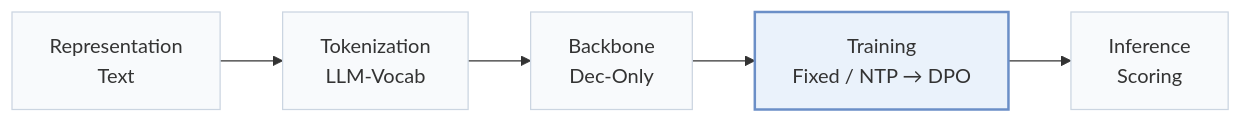
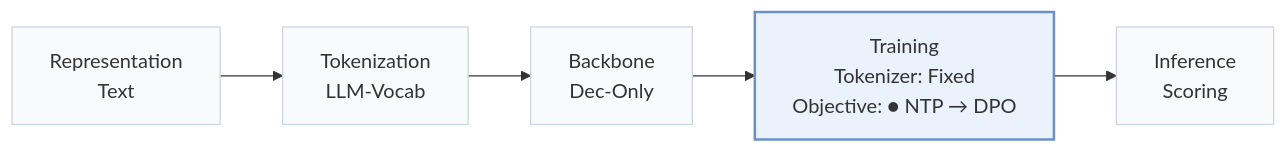
One commit to Galaxy-ghost/Awesome-SID-Generative-Rec changed the first of 2 diagrams in pages/papers/causaldpo.md. Above: the diagram before and after it, drawn with Mermaid. The commit also changed other lines of this file and 558 other files, not shown here.

````diff
--- a/pages/papers/causaldpo.md
+++ b/pages/papers/causaldpo.md
@@ -15,8 +18,8 @@
 ```mermaid
 flowchart LR
-    R["Representation<br/>Text"] --> T["Tokenization<br/>LLM-Vocab"] --> B["Backbone<br/>Dec-Only"] --> TR["Training<br/>Fixed / NTP → DPO"] --> I["Inference<br/>Scoring"]
+    R["Representation<br/>Text"] --> T["Tokenization<br/>LLM-Vocab"] --> B["Backbone<br/>Dec-Only"] --> TR["Training<br/>Tokenizer: Fixed<br/>Objective: ● NTP → DPO"] --> I["Inference<br/>Scoring"]
     classDef base fill:#f8fafc,stroke:#cbd5e1
     class R,T,B,TR,I base
     classDef main fill:#eaf2fb,stroke:#6b8fc7,stroke-width:2px
     class TR main
 ```
````
